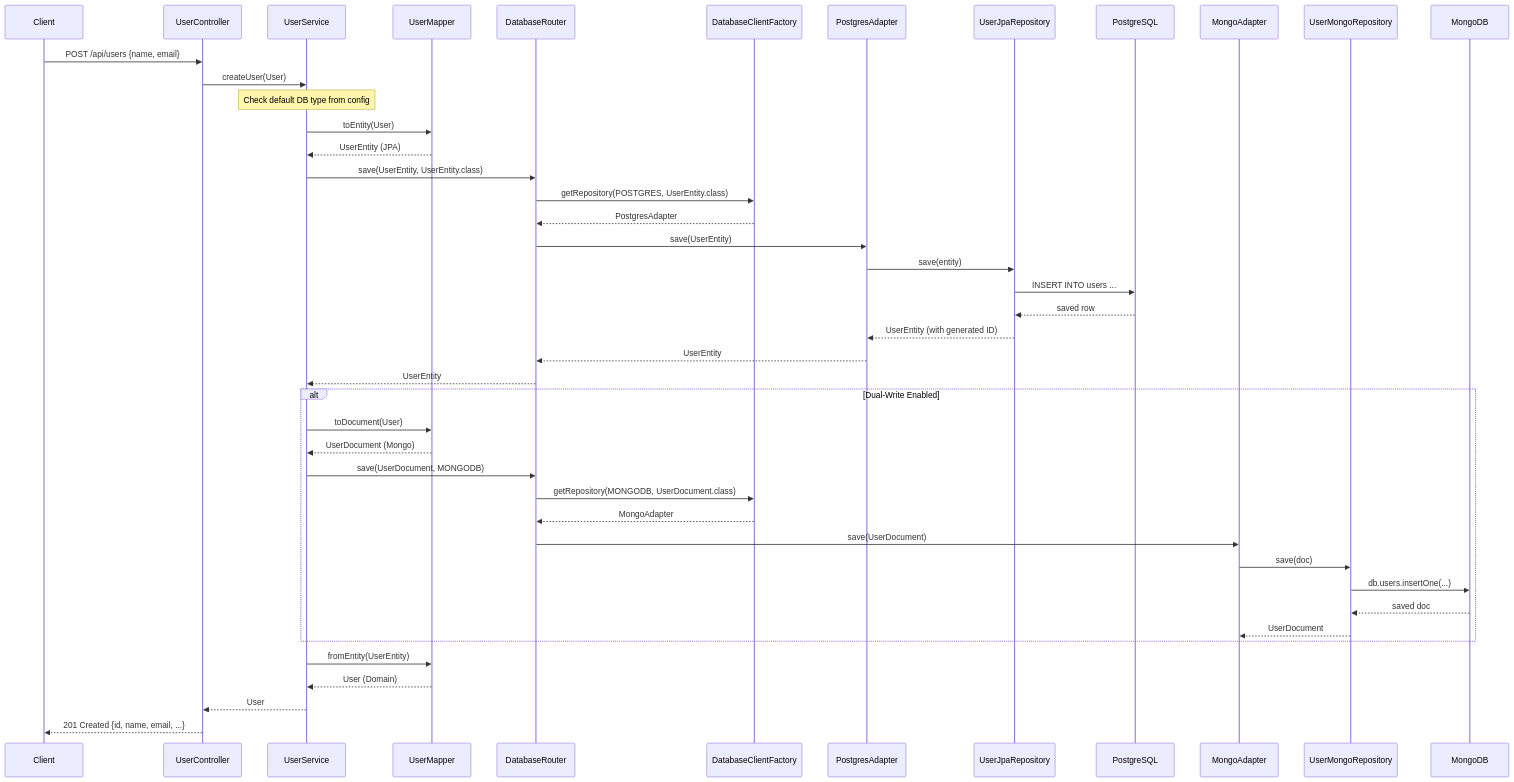
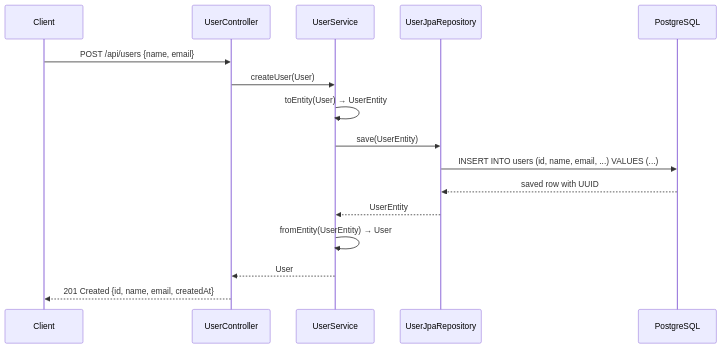
The fourth of 7 diagrams in README.md (tapeshchavle/twotier-db), drawn with Mermaid before and after one commit. The commit also changed other lines of this file and 21 other files, not shown here.

````diff
--- a/README.md
+++ b/README.md
@@ -379,52 +255,19 @@
 ```mermaid
 sequenceDiagram
     participant Client
-    participant Controller as UserController
-    participant Service as UserService
-    participant Mapper as UserMapper
-    participant Router as DatabaseRouter
-    participant Factory as DatabaseClientFactory
-    participant PGAdapter as PostgresAdapter
-    participant JPA as UserJpaRepository
-    participant PG as PostgreSQL
-    participant MongoAdapter as MongoAdapter
-    participant MongoRepo as UserMongoRepository
-    participant Mongo as MongoDB
+    participant UserController
+    participant UserService
+    participant UserJpaRepository
+    participant PostgreSQL
 
-    Client->>Controller: POST /api/users {name, email}
-    Controller->>Service: createUser(User)
-    
-    Note over Service: Check default DB type from config
-    
-    Service->>Mapper: toEntity(User)
-    Mapper-->>Service: UserEntity (JPA)
-    
-    Service->>Router: save(UserEntity, UserEntity.class)
-    Router->>Factory: getRepository(POSTGRES, UserEntity.class)
-    Factory-->>Router: PostgresAdapter
-    Router->>PGAdapter: save(UserEntity)
-    PGAdapter->>JPA: save(entity)
-    JPA->>PG: INSERT INTO users ...
-    PG-->>JPA: saved row
-    JPA-->>PGAdapter: UserEntity (with generated ID)
-    PGAdapter-->>Router: UserEntity
-    Router-->>Service: UserEntity
-    
-    alt Dual-Write Enabled
-        Service->>Mapper: toDocument(User)
-        Mapper-->>Service: UserDocument (Mongo)
-        Service->>Router: save(UserDocument, MONGODB)
-        Router->>Factory: getRepository(MONGODB, UserDocument.class)
-        Factory-->>Router: MongoAdapter
-        Router->>MongoAdapter: save(UserDocument)
-        MongoAdapter->>MongoRepo: save(doc)
-        MongoRepo->>Mongo: db.users.insertOne(...)
-        Mongo-->>MongoRepo: saved doc
-        MongoRepo-->>MongoAdapter: UserDocument
-    end
-    
-    Service->>Mapper: fromEntity(UserEntity)
-    Mapper-->>Service: User (Domain)
-    Service-->>Controller: User
-    Controller-->>Client: 201 Created {id, name, email, ...}
+    Client->>UserController: POST /api/users {name, email}
+    UserController->>UserService: createUser(User)
+    UserService->>UserService: toEntity(User) → UserEntity
+    UserService->>UserJpaRepository: save(UserEntity)
+    UserJpaRepository->>PostgreSQL: INSERT INTO users (id, name, email, ...) VALUES (...)
+    PostgreSQL-->>UserJpaRepository: saved row with UUID
+    UserJpaRepository-->>UserService: UserEntity
+    UserService->>UserService: fromEntity(UserEntity) → User
+    UserService-->>UserController: User
+    UserController-->>Client: 201 Created {id, name, email, createdAt}
 ```
````
